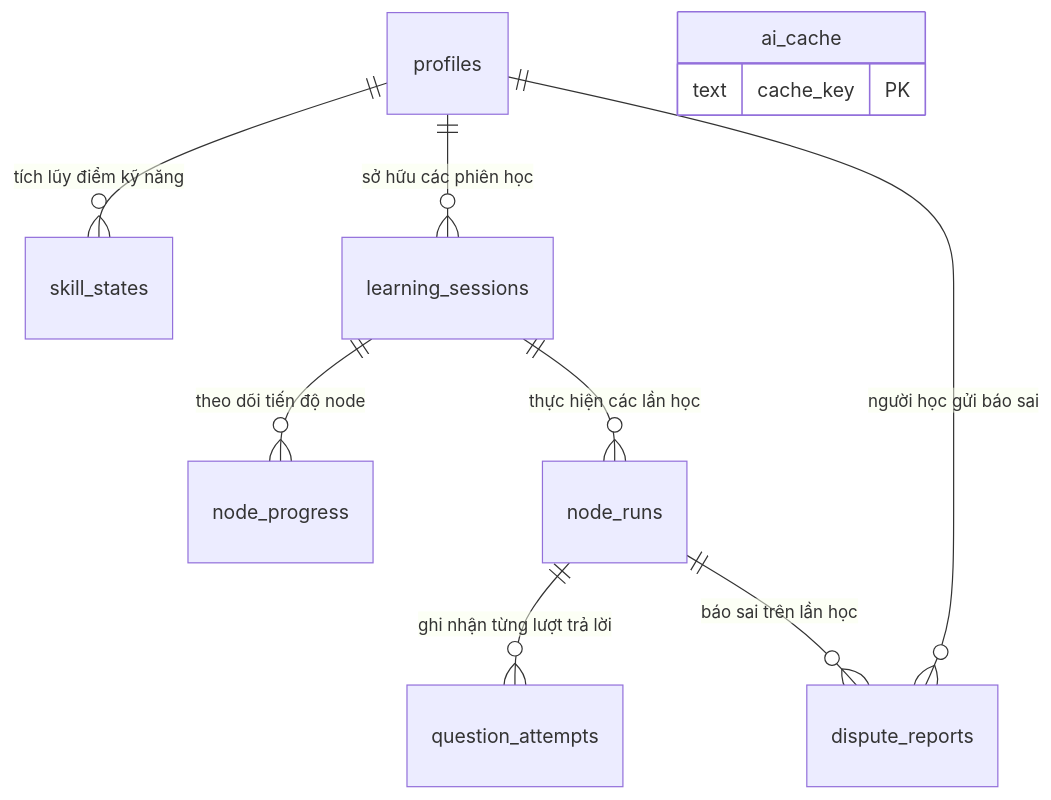
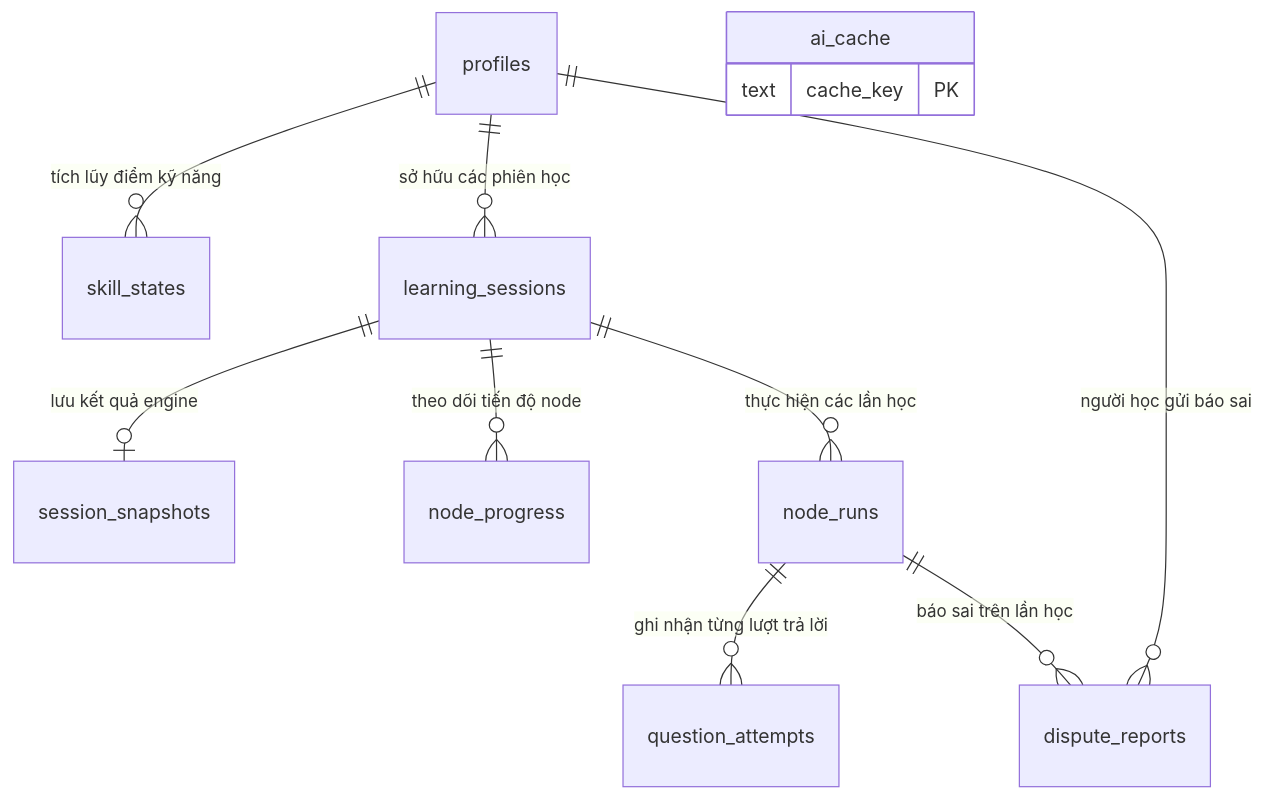
Before and after one commit to huynhthanhnhannnh-pixel/Hackathon_SGU: the second of 5 diagrams in doc-de-hieu/05_du_lieu_va_api.md, drawn with Mermaid. The commit also changed other lines of this file and 10 other files, not shown here.

````diff
--- a/doc-de-hieu/05_du_lieu_va_api.md
+++ b/doc-de-hieu/05_du_lieu_va_api.md
@@ -42,13 +42,14 @@
 ```mermaid
 erDiagram
   profiles ||--o{ skill_states : "tích lũy điểm kỹ năng"
   profiles ||--o{ learning_sessions : "sở hữu các phiên học"
+  learning_sessions ||--o| session_snapshots : "lưu kết quả engine"
   learning_sessions ||--o{ node_progress : "theo dõi tiến độ node"
   learning_sessions ||--o{ node_runs : "thực hiện các lần học"
   node_runs ||--o{ question_attempts : "ghi nhận từng lượt trả lời"
   profiles ||--o{ dispute_reports : "người học gửi báo sai"
   node_runs ||--o{ dispute_reports : "báo sai trên lần học"
   ai_cache {
     text cache_key PK
   }
 ```
````
